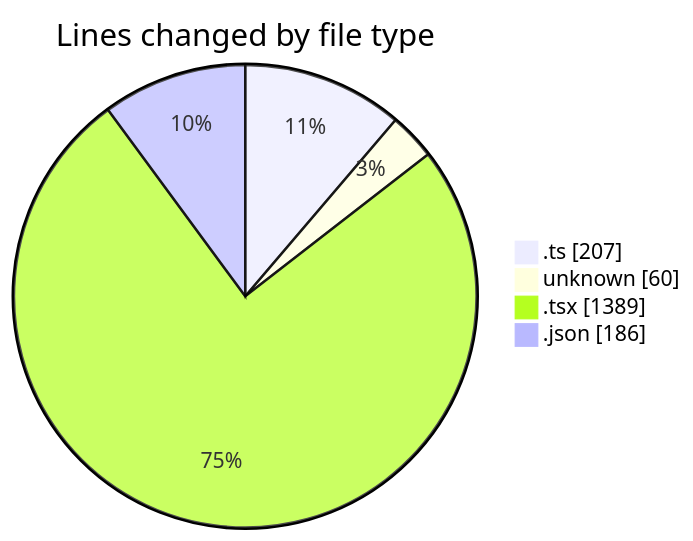
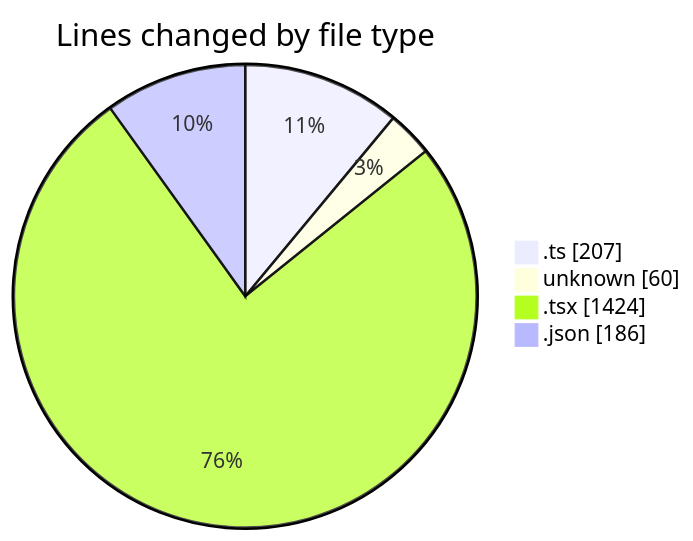
Before and after one commit to momahboobian/code-tracking: the first of 2 diagrams in 2026-06-12/cda/README.md, drawn with Mermaid. The commit also changed other lines of this file and 1 other file, not shown here.

````diff
--- a/2026-06-12/cda/README.md
+++ b/2026-06-12/cda/README.md
@@ -28,8 +28,8 @@
 ```mermaid
 pie showData
 title Lines changed by file type
 ".ts" : 207
 "unknown" : 60
-".tsx" : 1389
+".tsx" : 1424
 ".json" : 186
 ```
````
